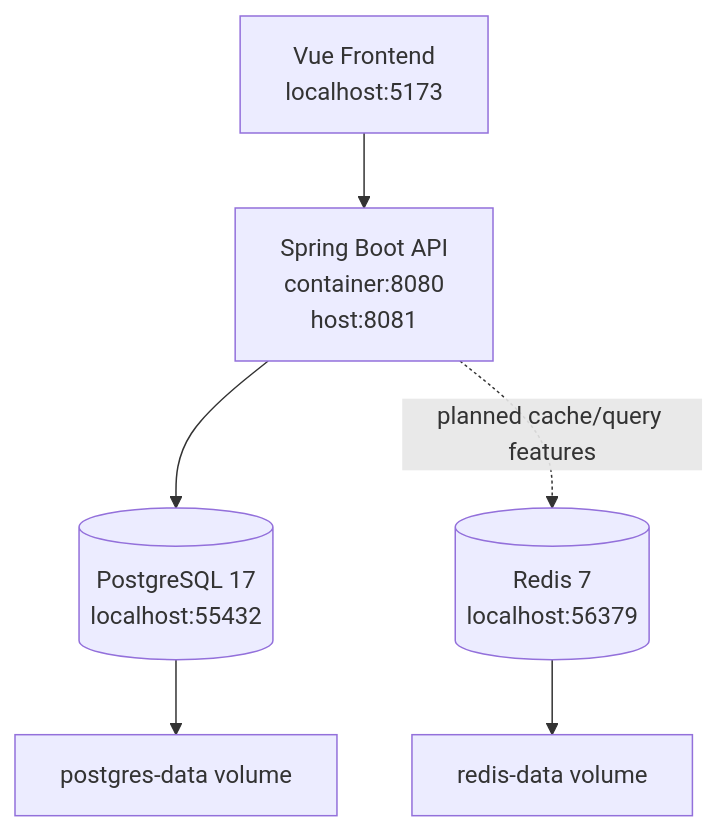
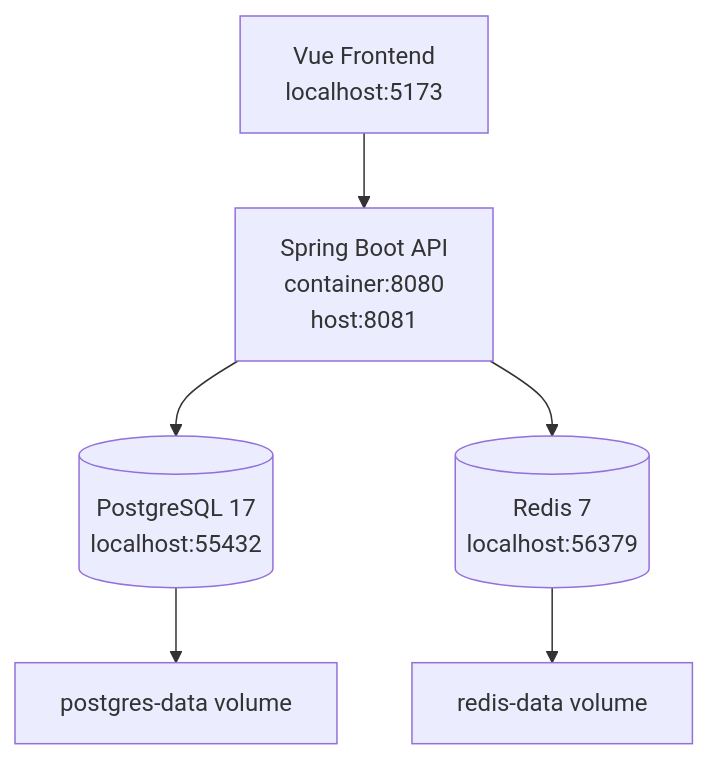
The second of 3 diagrams in README.md (richardwaters9049/Data-Platform), drawn with Mermaid before and after one commit. The commit also changed other lines of this file and 1 other file, not shown here.

````diff
--- a/README.md
+++ b/README.md
@@ -134,15 +126,15 @@
 ```mermaid
 flowchart TB
     frontend["Vue Frontend\nlocalhost:5173"]
     app["Spring Boot API\ncontainer:8080\nhost:8081"]
     postgres[("PostgreSQL 17\nlocalhost:55432")]
     redis[("Redis 7\nlocalhost:56379")]
     volume1["postgres-data volume"]
     volume2["redis-data volume"]
 
     frontend --> app
     app --> postgres
-    app -. "planned cache/query features" .-> redis
+    app --> redis
     postgres --> volume1
     redis --> volume2
 ```
````
